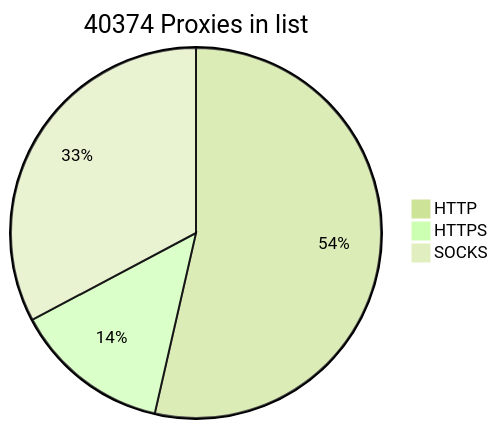
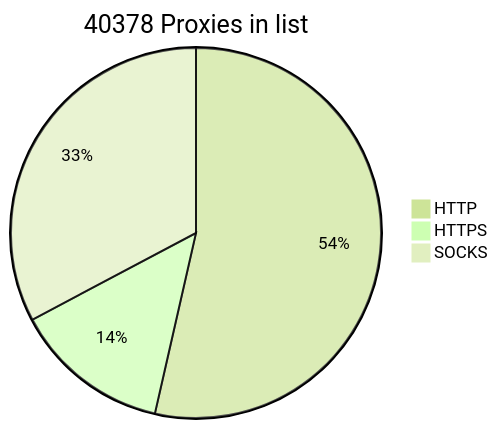
The diagram in README.md (BlackSnowDot/proxylist-update-every-minute), drawn with Mermaid (forest theme) before and after one commit.

````diff
--- a/README.md
+++ b/README.md
@@ -2,6 +2,6 @@
 ```mermaid
-pie title 40374 Proxies in list
-    "HTTP" : 24254
-    "HTTPS": 6187
+pie title 40378 Proxies in list
+    "HTTP" : 24250
+    "HTTPS": 6194
     "SOCKS" : 14829
 ```
````
